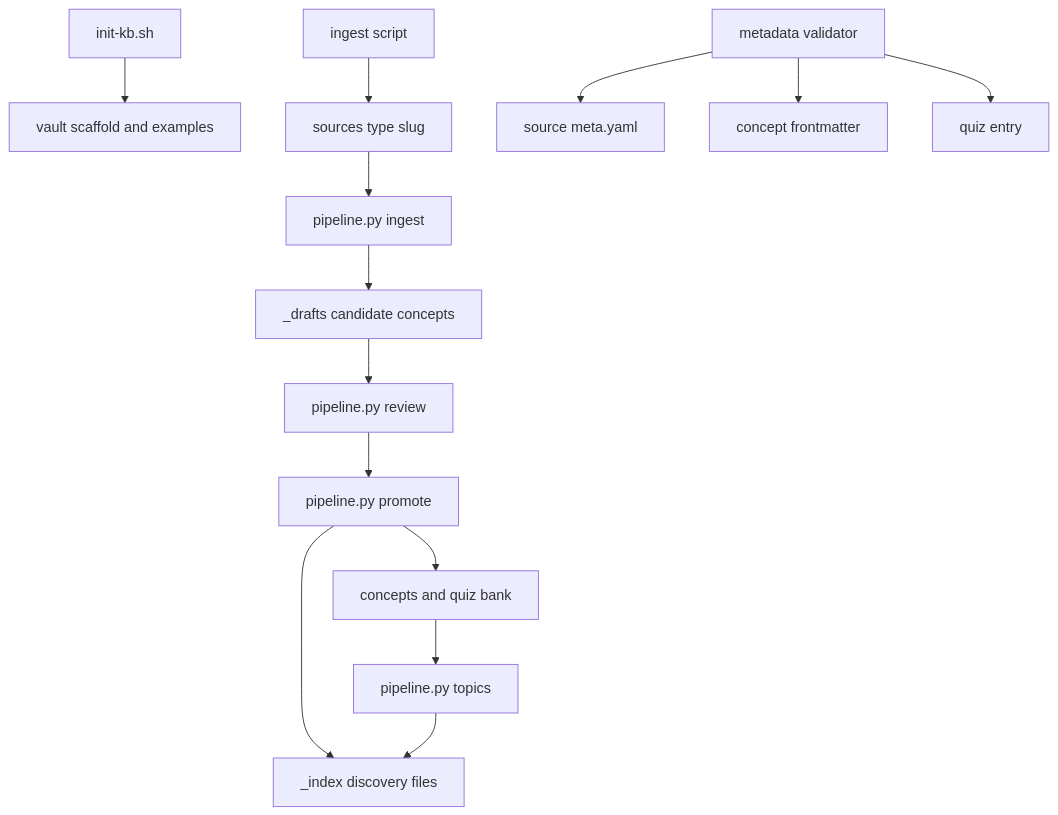
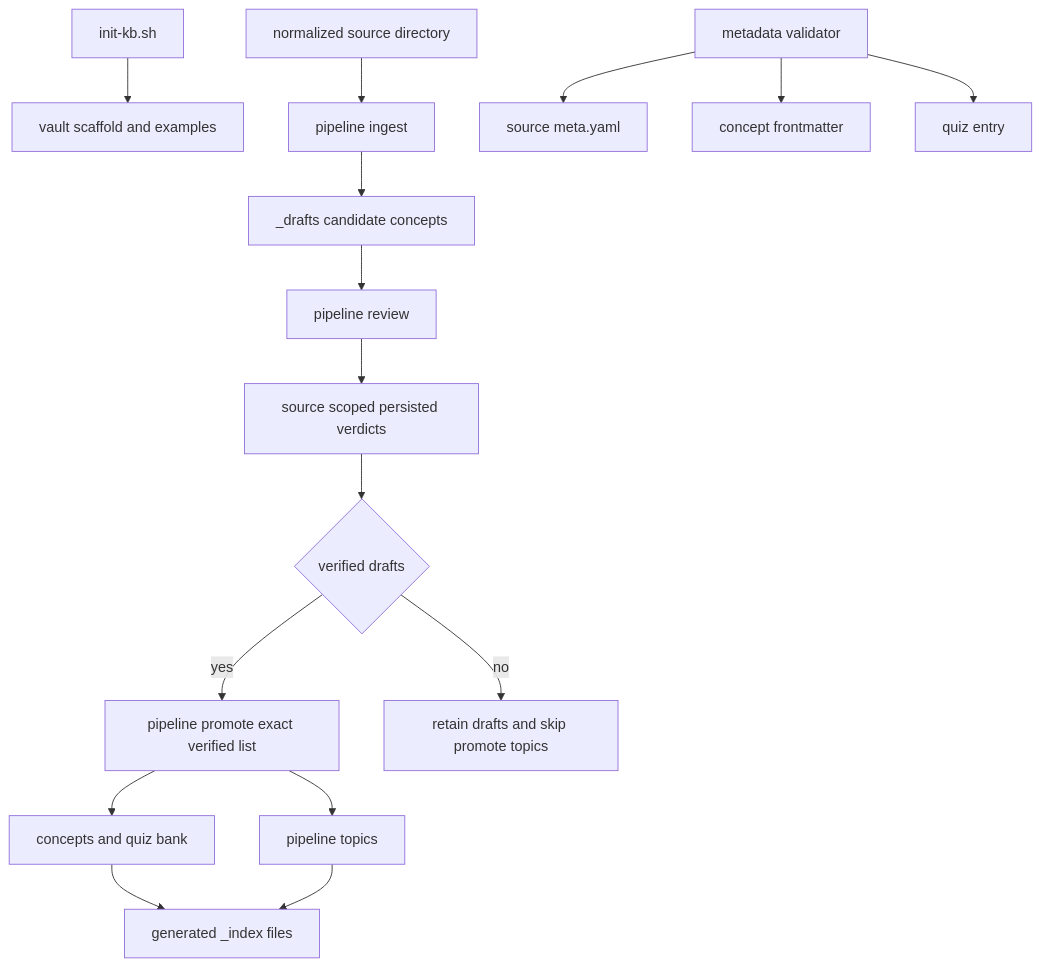
One commit to btceth9386-bot/study-vault changed the diagram in openwiki/operations/automation-and-validation.md. Above: the diagram before and after it, drawn with Mermaid. The commit also changed other lines of this file and 16 other files, not shown here.

````diff
--- a/openwiki/operations/automation-and-validation.md
+++ b/openwiki/operations/automation-and-validation.md
@@ -43,16 +45,18 @@
 ```mermaid
 flowchart TD
     Init["init-kb.sh"] --> Vault["vault scaffold and examples"]
-    Source["ingest script"] --> Normalized["sources type slug"]
-    Normalized --> Dispatch["pipeline.py ingest"]
-    Dispatch --> Drafts["_drafts candidate concepts"]
-    Drafts --> Review["pipeline.py review"]
-    Review --> Promote["pipeline.py promote"]
+    Source["normalized source directory"] --> Ingest["pipeline ingest"]
+    Ingest --> Drafts["_drafts candidate concepts"]
+    Drafts --> Review["pipeline review"]
+    Review --> Verdicts["source scoped persisted verdicts"]
+    Verdicts --> HasVerified{"verified drafts"}
+    HasVerified -->|yes| Promote["pipeline promote exact verified list"]
     Promote --> Canonical["concepts and quiz bank"]
-    Promote --> Indexes["_index discovery files"]
-    Canonical --> Topics["pipeline.py topics"]
+    Promote --> Topics["pipeline topics"]
+    HasVerified -->|no| Retain["retain drafts and skip promote topics"]
+    Canonical --> Indexes["generated _index files"]
     Topics --> Indexes
     Check["metadata validator"] --> SourceMeta["source meta.yaml"]
     Check --> ConceptMeta["concept frontmatter"]
     Check --> QuizEntry["quiz entry"]
 ```
````
